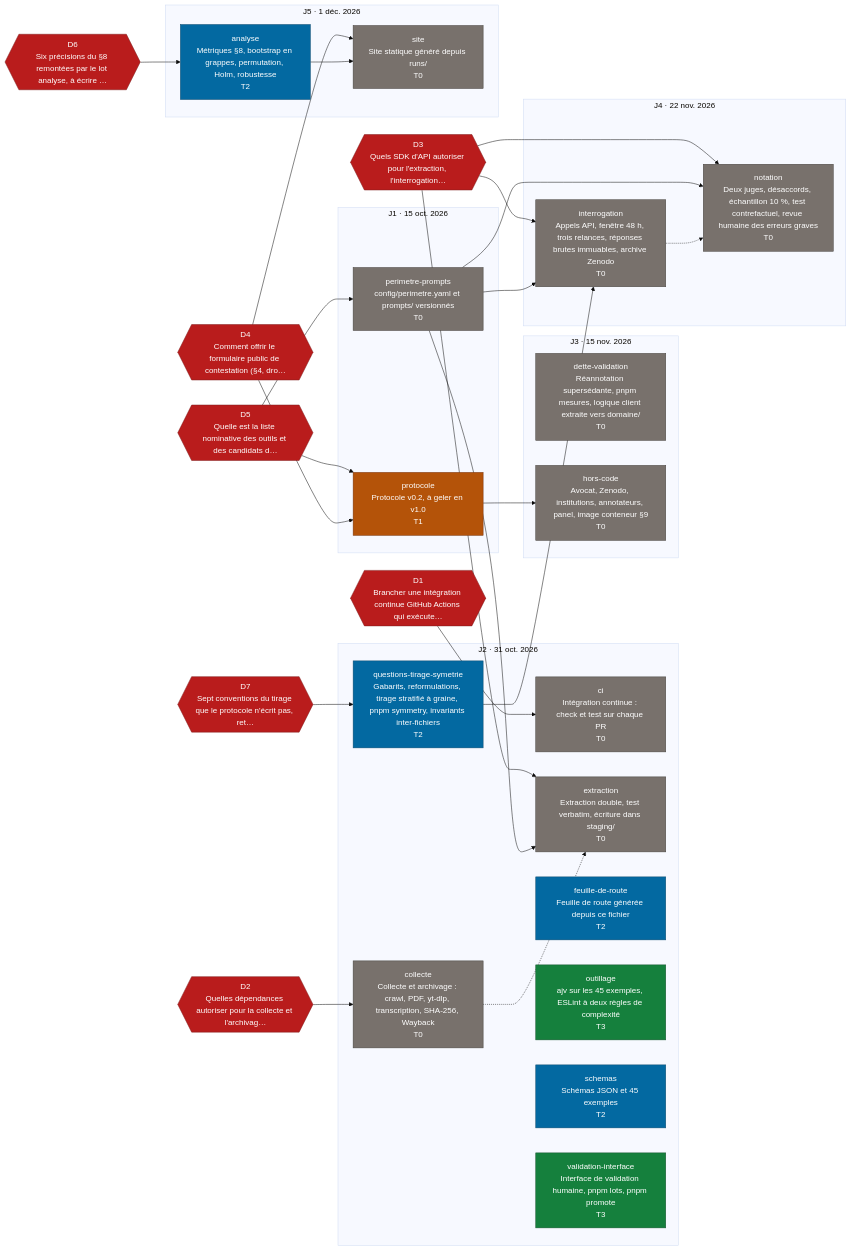
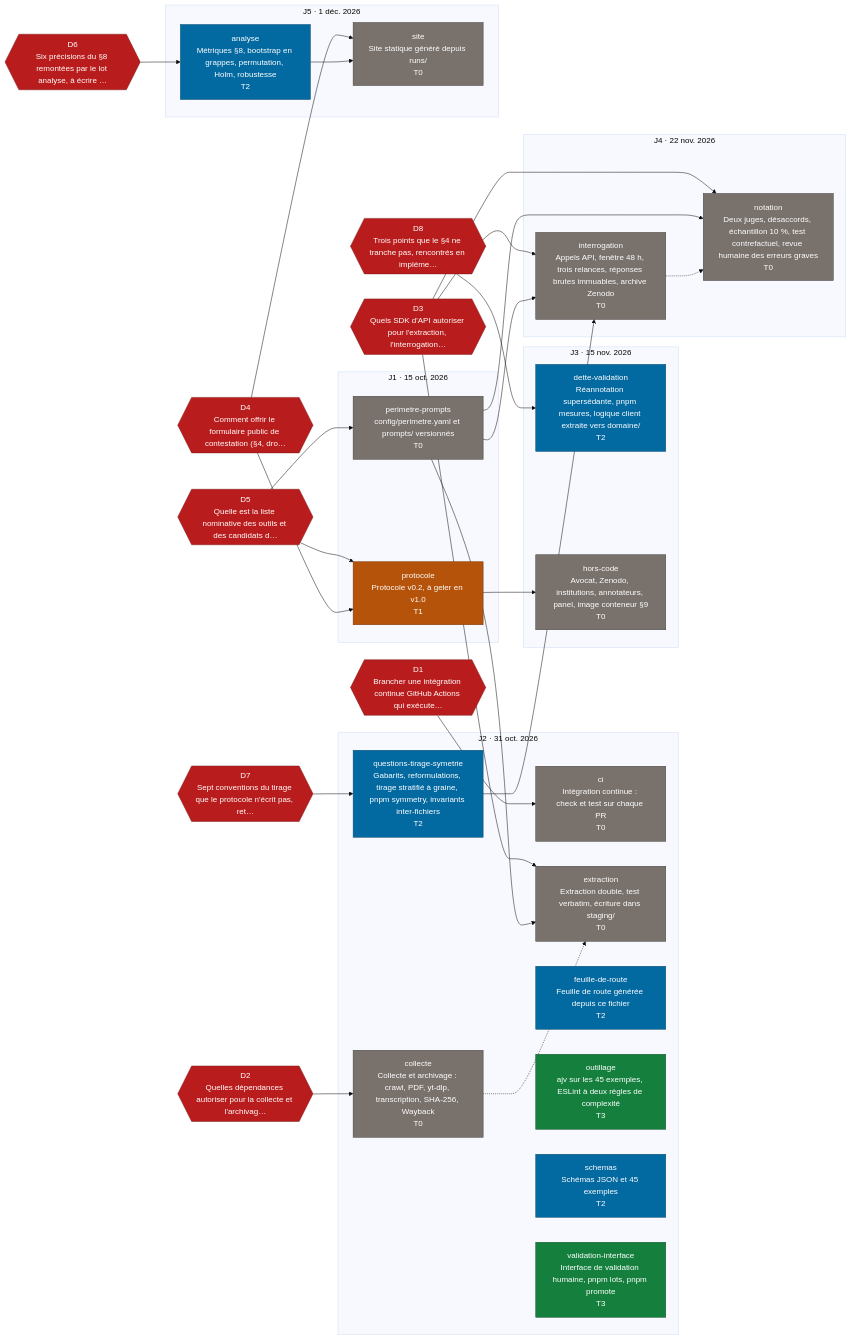
The diagram in docs/FEUILLE-DE-ROUTE.md (AzurNow/DEMOCRACIE_2027), drawn with Mermaid (base theme) before and after one commit. The commit also changed other lines of this file and 3 other files, not shown here.

First line of the commit message:
docs: dette, leçons et feuille de route du lot dette-validation

````diff
--- a/docs/FEUILLE-DE-ROUTE.md
+++ b/docs/FEUILLE-DE-ROUTE.md
@@ -108,61 +121,63 @@
 ```mermaid
 flowchart LR
   subgraph jalon_J1["J1 · 15 oct. 2026"]
     lot_perimetre_prompts["perimetre-prompts<br/>config/perimetre.yaml et prompts/ versionnés<br/>T0"]:::T0
     lot_protocole["protocole<br/>Protocole v0.2, à geler en v1.0<br/>T1"]:::T1
   end
   subgraph jalon_J2["J2 · 31 oct. 2026"]
     lot_ci["ci<br/>Intégration continue : check et test sur chaque PR<br/>T0"]:::T0
     lot_collecte["collecte<br/>Collecte et archivage : crawl, PDF, yt-dlp, transcription, SHA-256, Wayback<br/>T0"]:::T0
     lot_extraction["extraction<br/>Extraction double, test verbatim, écriture dans staging/<br/>T0"]:::T0
     lot_feuille_de_route["feuille-de-route<br/>Feuille de route générée depuis ce fichier<br/>T2"]:::T2
     lot_outillage["outillage<br/>ajv sur les 45 exemples, ESLint à deux règles de complexité<br/>T3"]:::T3
     lot_questions_tirage_symetrie["questions-tirage-symetrie<br/>Gabarits, reformulations, tirage stratifié à graine, pnpm symmetry, invariants inter-fichiers<br/>T2"]:::T2
     lot_schemas["schemas<br/>Schémas JSON et 45 exemples<br/>T2"]:::T2
     lot_validation_interface["validation-interface<br/>Interface de validation humaine, pnpm lots, pnpm promote<br/>T3"]:::T3
   end
   subgraph jalon_J3["J3 · 15 nov. 2026"]
-    lot_dette_validation["dette-validation<br/>Réannotation supersédante, pnpm mesures, logique client extraite vers domaine/<br/>T0"]:::T0
+    lot_dette_validation["dette-validation<br/>Réannotation supersédante, pnpm mesures, logique client extraite vers domaine/<br/>T2"]:::T2
     lot_hors_code["hors-code<br/>Avocat, Zenodo, institutions, annotateurs, panel, image conteneur §9<br/>T0"]:::T0
   end
   subgraph jalon_J4["J4 · 22 nov. 2026"]
     lot_interrogation["interrogation<br/>Appels API, fenêtre 48 h, trois relances, réponses brutes immuables, archive Zenodo<br/>T0"]:::T0
     lot_notation["notation<br/>Deux juges, désaccords, échantillon 10 %, test contrefactuel, revue humaine des erreurs graves<br/>T0"]:::T0
   end
   subgraph jalon_J5["J5 · 1 déc. 2026"]
     lot_analyse["analyse<br/>Métriques §8, bootstrap en grappes, permutation, Holm, robustesse<br/>T2"]:::T2
     lot_site["site<br/>Site statique généré depuis runs/<br/>T0"]:::T0
   end
   dec_D1{{"D1<br/>Brancher une intégration continue GitHub Actions qui exécute…"}}:::decision
   dec_D2{{"D2<br/>Quelles dépendances autoriser pour la collecte et l'archivag…"}}:::decision
   dec_D3{{"D3<br/>Quels SDK d'API autoriser pour l'extraction, l'interrogation…"}}:::decision
   dec_D4{{"D4<br/>Comment offrir le formulaire public de contestation (§4, dro…"}}:::decision
   dec_D5{{"D5<br/>Quelle est la liste nominative des outils et des candidats d…"}}:::decision
   dec_D6{{"D6<br/>Six précisions du §8 remontées par le lot analyse, à écrire …"}}:::decision
   dec_D7{{"D7<br/>Sept conventions du tirage que le protocole n'écrit pas, ret…"}}:::decision
+  dec_D8{{"D8<br/>Trois points que le §4 ne tranche pas, rencontrés en impléme…"}}:::decision
   lot_collecte -.-> lot_extraction
   lot_perimetre_prompts --> lot_extraction
   lot_protocole --> lot_hors_code
   lot_perimetre_prompts --> lot_interrogation
   lot_questions_tirage_symetrie --> lot_interrogation
   lot_interrogation -.-> lot_notation
   lot_perimetre_prompts --> lot_notation
   lot_analyse --> lot_site
   dec_D1 --> lot_ci
   dec_D2 --> lot_collecte
   dec_D3 --> lot_extraction
   dec_D3 --> lot_interrogation
   dec_D3 --> lot_notation
   dec_D4 --> lot_protocole
   dec_D4 --> lot_site
   dec_D5 --> lot_perimetre_prompts
   dec_D5 --> lot_protocole
   dec_D6 --> lot_analyse
   dec_D7 --> lot_questions_tirage_symetrie
+  dec_D8 --> lot_dette_validation
   classDef T0 fill:#78716c,color:#ffffff,stroke:#44403c
   classDef T1 fill:#b45309,color:#ffffff,stroke:#78350f
   classDef T2 fill:#0369a1,color:#ffffff,stroke:#0c4a6e
   classDef T3 fill:#15803d,color:#ffffff,stroke:#14532d
   classDef T4 fill:#1d4ed8,color:#ffffff,stroke:#1e3a8a
   classDef decision fill:#b91c1c,color:#ffffff,stroke:#7f1d1d
 ```
````
